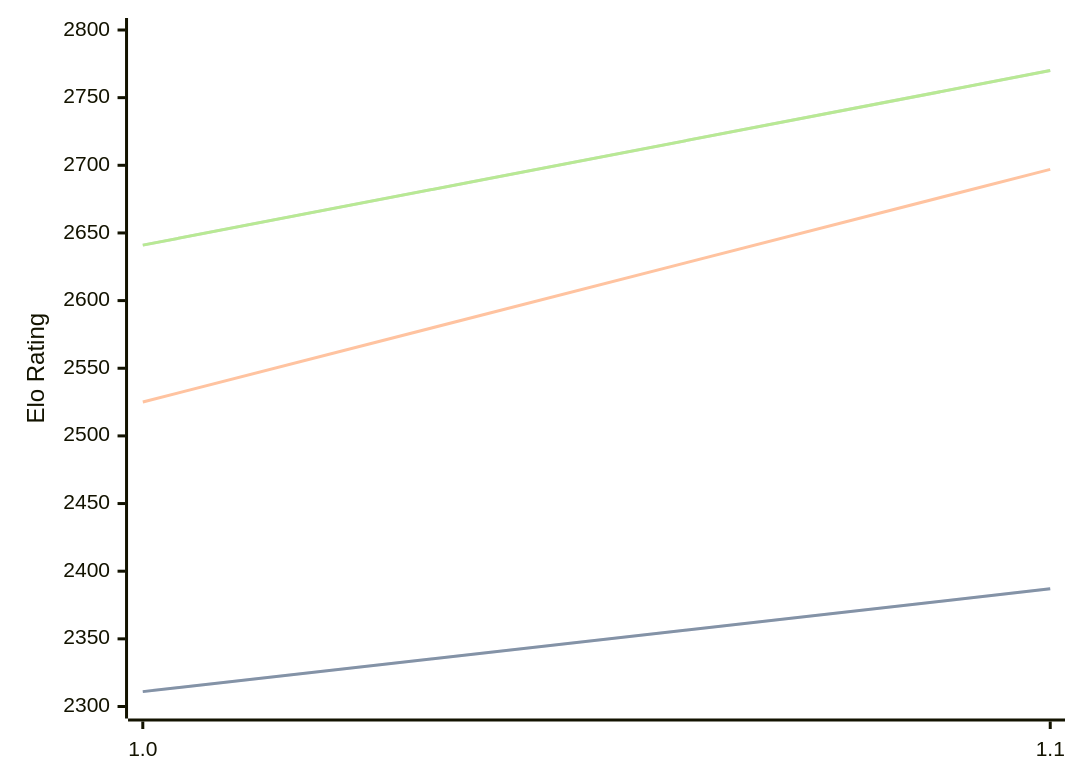
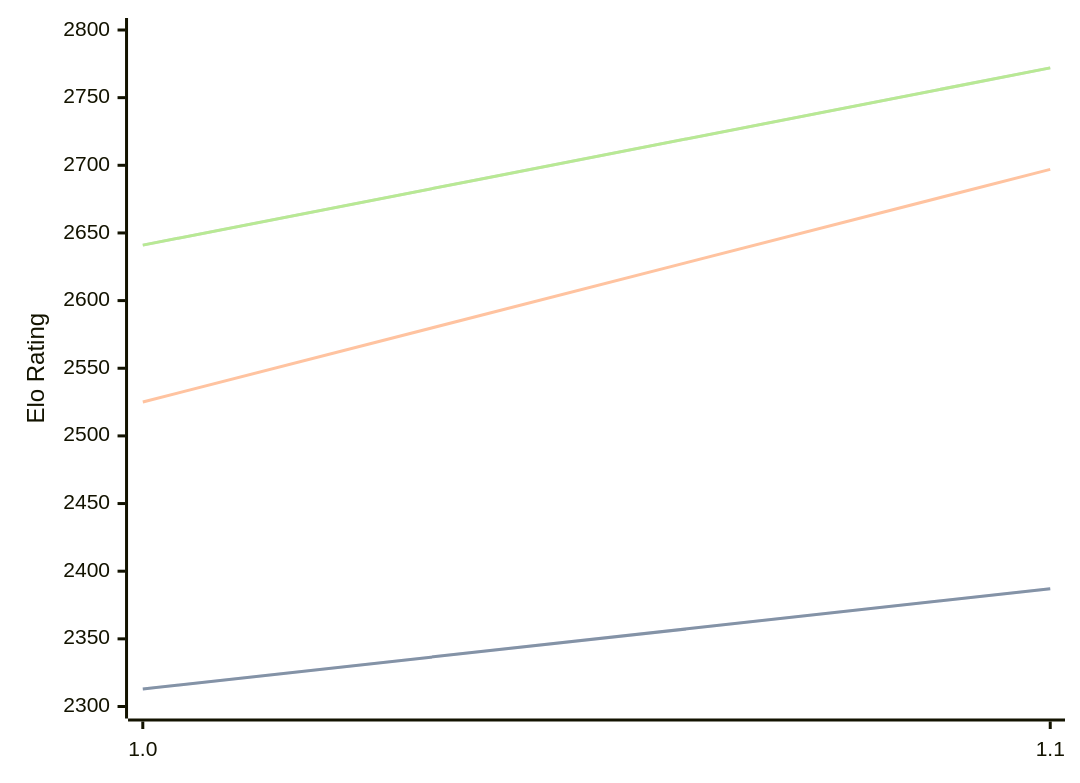
The diagram in engines/FoxChess.md (computer-chess-index/cci), drawn with Mermaid before and after one commit. The commit also changed other lines of this file, not shown here.

Commit message:
Update CCI Ratings (ELO VLTC) - 2026-05-22

````diff
--- a/engines/FoxChess.md
+++ b/engines/FoxChess.md
@@ -32,11 +32,11 @@
 ```mermaid
 %%{init: {"theme":"base","themeVariables":{"seriesColors:['#a3a3a3','#222221','#faa371']}}}%%
 xychart-beta
   x-axis ["1.0", "1.1"]
   y-axis "Elo Rating" 2300 --> 2800
-  line "STC (8.0+0.08s)" [2311, 2387]
-  line "STC (8.0+0.08s)" [2311, 2387]
+  line "STC (8.0+0.08s)" [2313, 2387]
+  line "STC (8.0+0.08s)" [2313, 2387]
   line "LTC (60.0+0.60s)" [2525, 2697]
-  line "VLTC (2m24s+1.12s)" [2641, 2770]
-  line "VLTC (2m24s+1.12s)" [2641, 2770]
+  line "VLTC (2m24s+1.12s)" [2641, 2772]
+  line "VLTC (2m24s+1.12s)" [2641, 2772]
 ```
````
